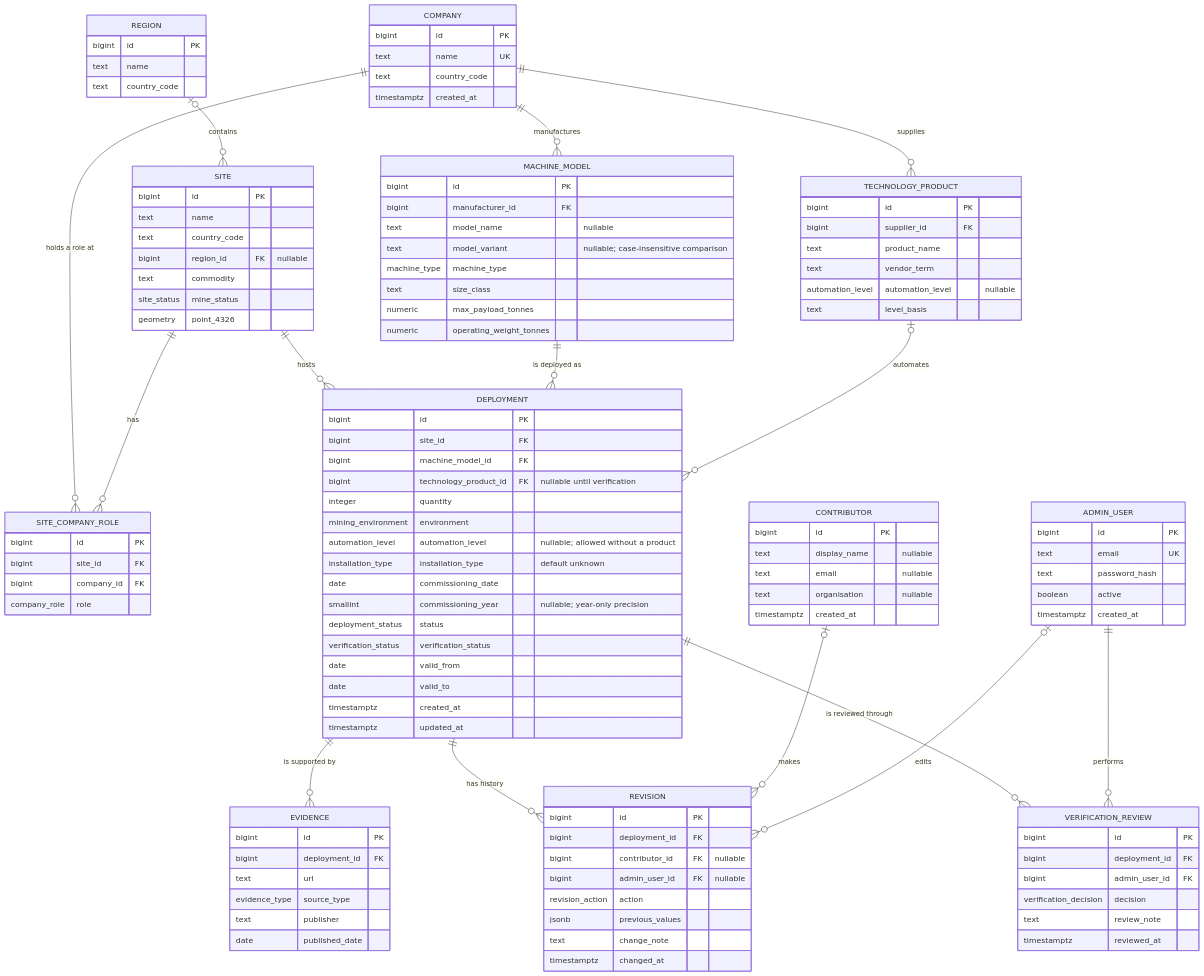
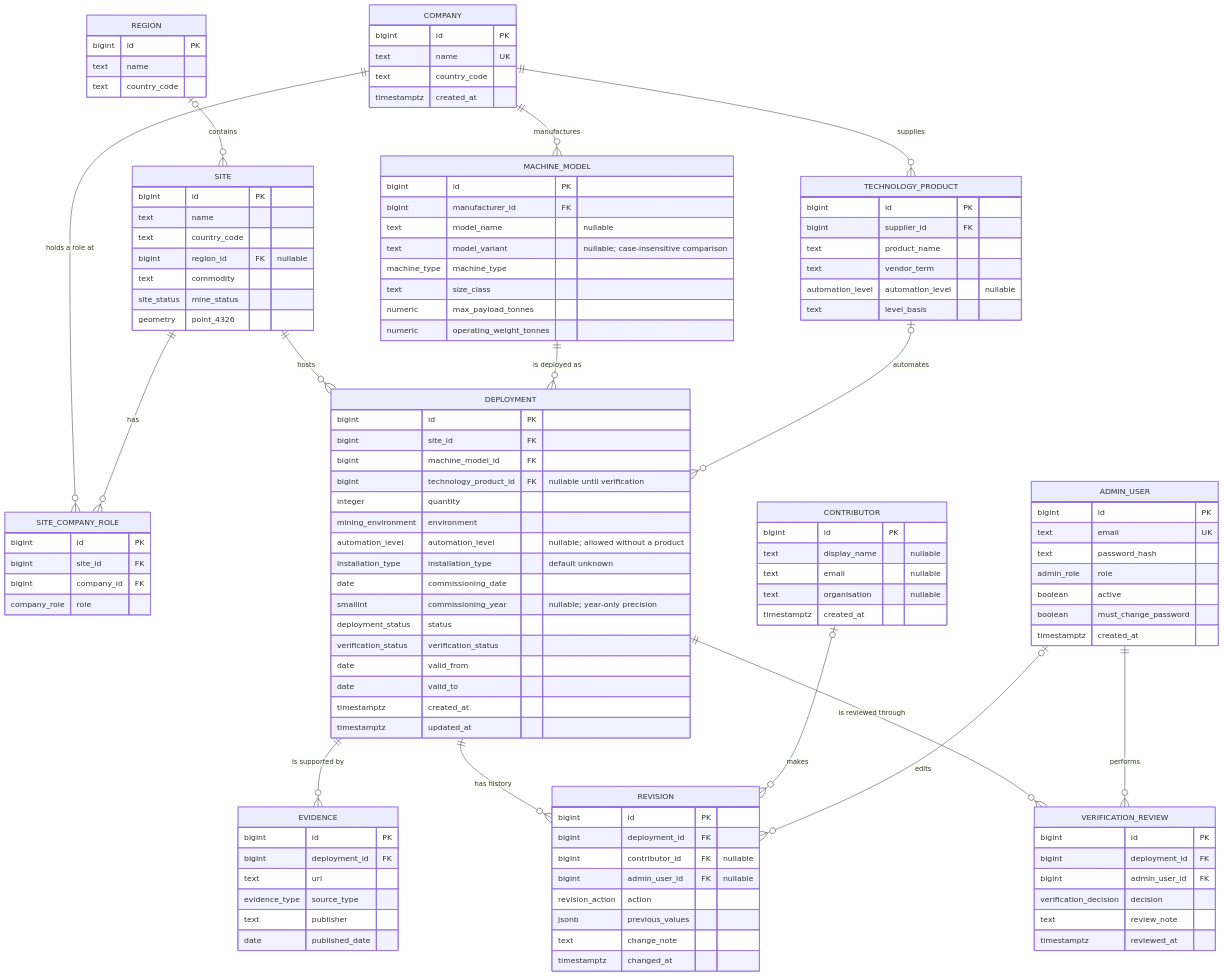
One commit to zinken7/capstone-group-5 changed the diagram in docs/database/ERD.md. Above: the diagram before and after it, drawn with Mermaid. The commit also changed other lines of this file and 2 other files, not shown here.

```diff
--- a/docs/database/ERD.md
+++ b/docs/database/ERD.md
@@ -113,7 +113,9 @@
         bigint id PK
         text email UK
         text password_hash
+        admin_role role
         boolean active
+        boolean must_change_password
         timestamptz created_at
     }
     VERIFICATION_REVIEW {
```
